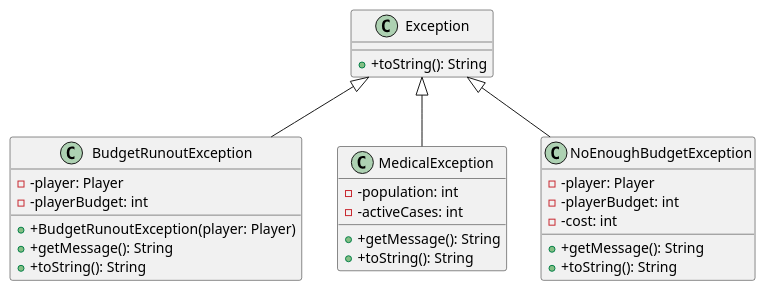
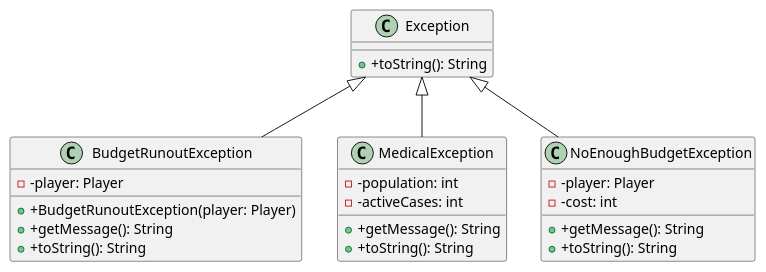
Before and after one commit to ahmad-hl/comp3021-corona-spring2021: the diagram in exceptions.puml, drawn with PlantUML. The commit also changed 7 other files, not shown here.

Commit message:
update: class diagram to show modifiers, parameters, and return types

```diff
--- a/exceptions.puml
+++ b/exceptions.puml
@@ -1,32 +1,30 @@
 @startuml
 'https://plantuml.com/class-diagram
 
 class Exception{
 + +toString(): String
 }
 class BudgetRunoutException{
 - -player: Player
-- -playerBudget: int
 + +BudgetRunoutException(player: Player)
 + +getMessage(): String
 + +toString(): String
 }
 class MedicalException{
 - -population: int
 - -activeCases: int
 + +getMessage(): String
 + +toString(): String
 }
 class NoEnoughBudgetException{
 - -player: Player
-- -playerBudget: int
 - -cost: int
 + +getMessage(): String
 + +toString(): String
 }
 
 Exception <|-- BudgetRunoutException
 Exception <|-- NoEnoughBudgetException
 Exception <|-- MedicalException
 
 @enduml
```
